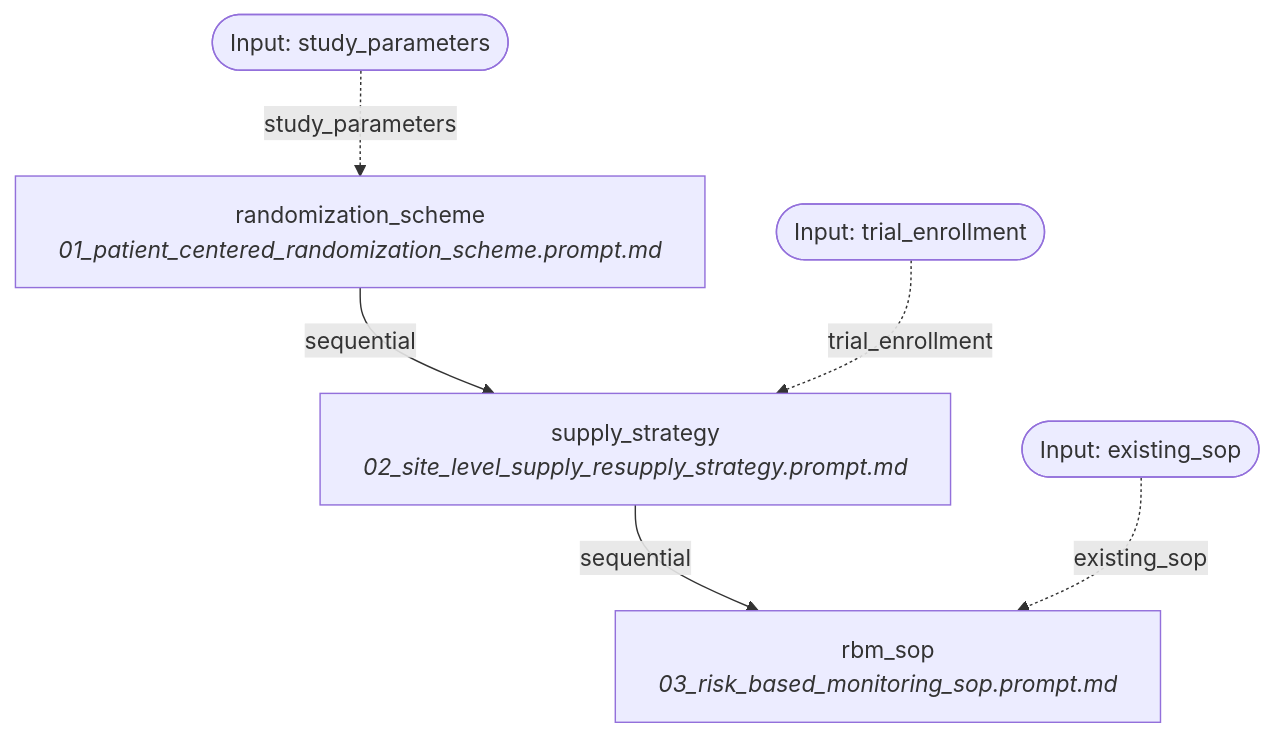
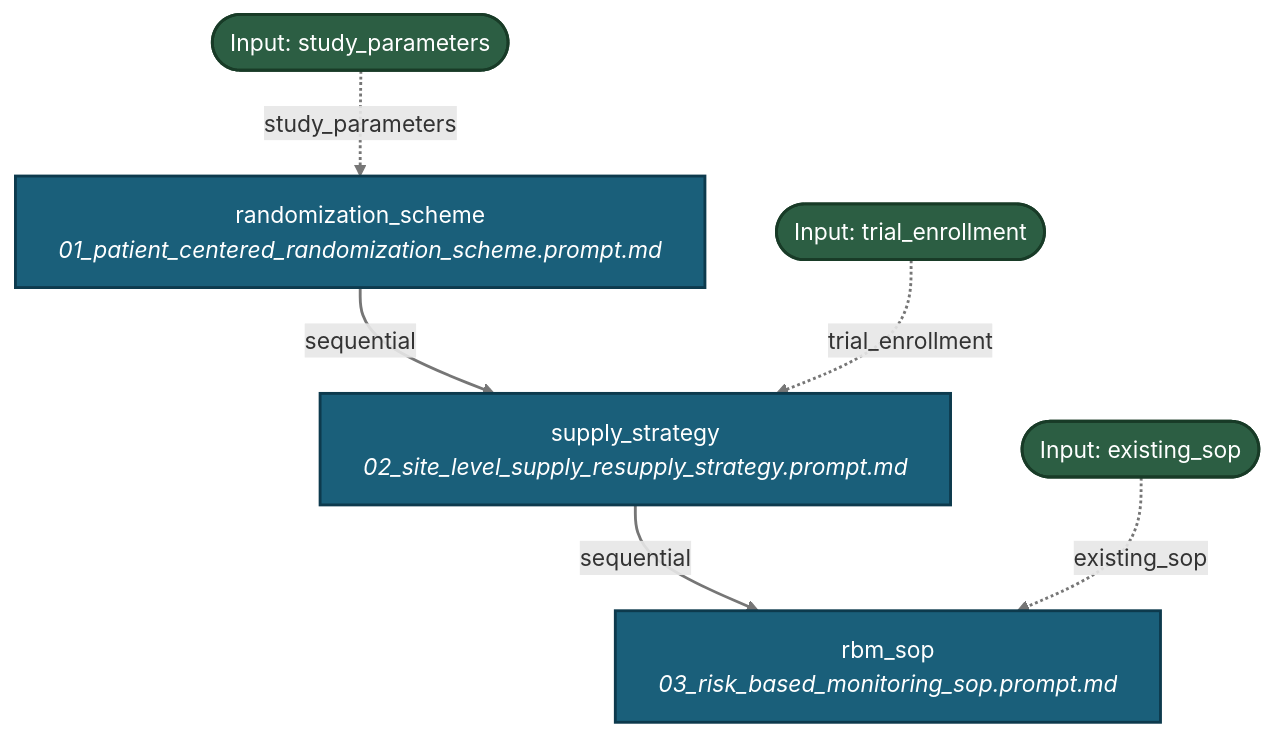
One commit to fderuiter/proompts changed the diagram in docs/workflows/rtsm.md. Above: the diagram before and after it, drawn with Mermaid. The commit also changed 267 other files, not shown here.

````diff
--- a/docs/workflows/rtsm.md
+++ b/docs/workflows/rtsm.md
@@ -11,14 +11,17 @@
 ```mermaid
 graph TD
-    INPUT_study_parameters([Input: study_parameters])
-    INPUT_trial_enrollment([Input: trial_enrollment])
-    INPUT_existing_sop([Input: existing_sop])
-    randomization_scheme[randomization_scheme<br><i>01_patient_centered_randomization_scheme.prompt.md</i>]
+    classDef stepNode fill:#1a5f7a,stroke:#0d3a4d,stroke-width:2px,color:#ffffff;
+    classDef inputNode fill:#2c5e43,stroke:#183b27,stroke-width:2px,color:#ffffff;
+    INPUT_study_parameters([Input: study_parameters]):::inputNode
+    INPUT_trial_enrollment([Input: trial_enrollment]):::inputNode
+    INPUT_existing_sop([Input: existing_sop]):::inputNode
+    randomization_scheme[randomization_scheme<br><i>01_patient_centered_randomization_scheme.prompt.md</i>]:::stepNode
     INPUT_study_parameters -. study_parameters .-> randomization_scheme
     randomization_scheme -->|sequential| supply_strategy
-    supply_strategy[supply_strategy<br><i>02_site_level_supply_resupply_strategy.prompt.md</i>]
+    supply_strategy[supply_strategy<br><i>02_site_level_supply_resupply_strategy.prompt.md</i>]:::stepNode
     INPUT_trial_enrollment -. trial_enrollment .-> supply_strategy
     supply_strategy -->|sequential| rbm_sop
-    rbm_sop[rbm_sop<br><i>03_risk_based_monitoring_sop.prompt.md</i>]
+    rbm_sop[rbm_sop<br><i>03_risk_based_monitoring_sop.prompt.md</i>]:::stepNode
     INPUT_existing_sop -. existing_sop .-> rbm_sop
+    linkStyle default stroke:#767676,stroke-width:2px;
 ```
````
